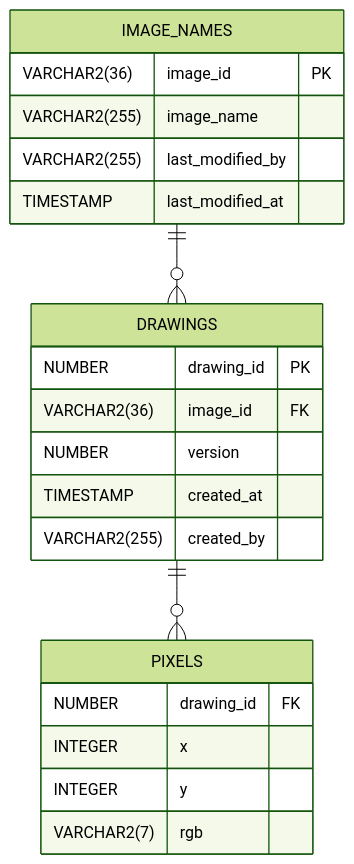
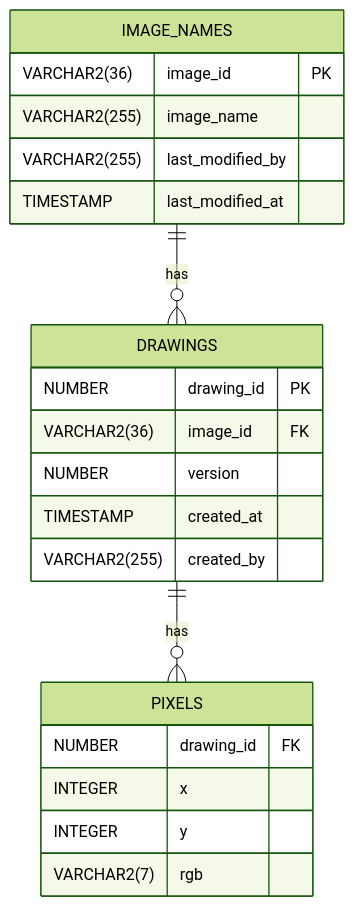
One commit to hitokuno/PixelNote changed the diagram in README.md. Above: the diagram before and after it, drawn with Mermaid (forest theme). The commit also changed other lines of this file and 20 other files, not shown here.

````diff
--- a/README.md
+++ b/README.md
@@ -33,25 +33,25 @@
 ```mermaid
 erDiagram
     IMAGE_NAMES {
         VARCHAR2(36) image_id PK
         VARCHAR2(255) image_name
         VARCHAR2(255) last_modified_by
         TIMESTAMP last_modified_at
     }
     DRAWINGS {
         NUMBER drawing_id PK
         VARCHAR2(36) image_id FK
         NUMBER version
         TIMESTAMP created_at
         VARCHAR2(255) created_by
     }
     PIXELS {
         NUMBER drawing_id FK
         INTEGER x
         INTEGER y
         VARCHAR2(7) rgb
     }
 
-    IMAGE_NAMES ||--o{ DRAWINGS : ""
-    DRAWINGS ||--o{ PIXELS : ""
+    IMAGE_NAMES ||--o{ DRAWINGS : "has"
+    DRAWINGS ||--o{ PIXELS : "has"
 ```
````
